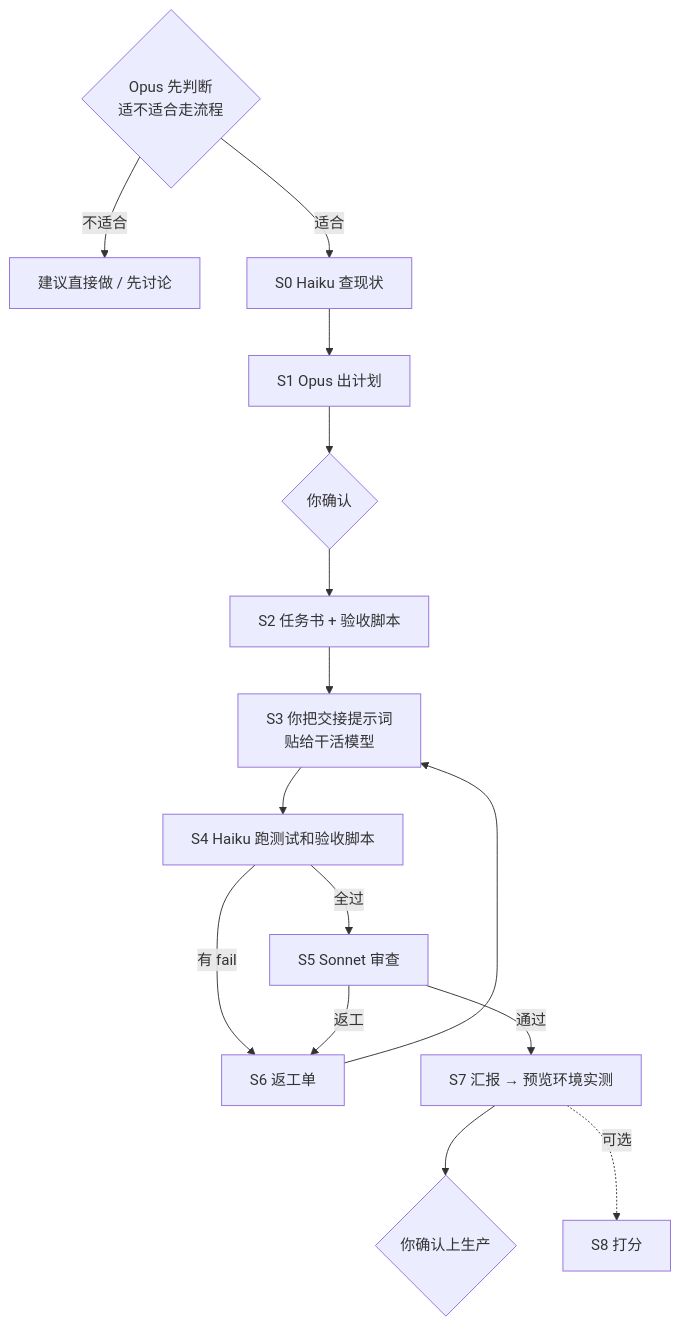
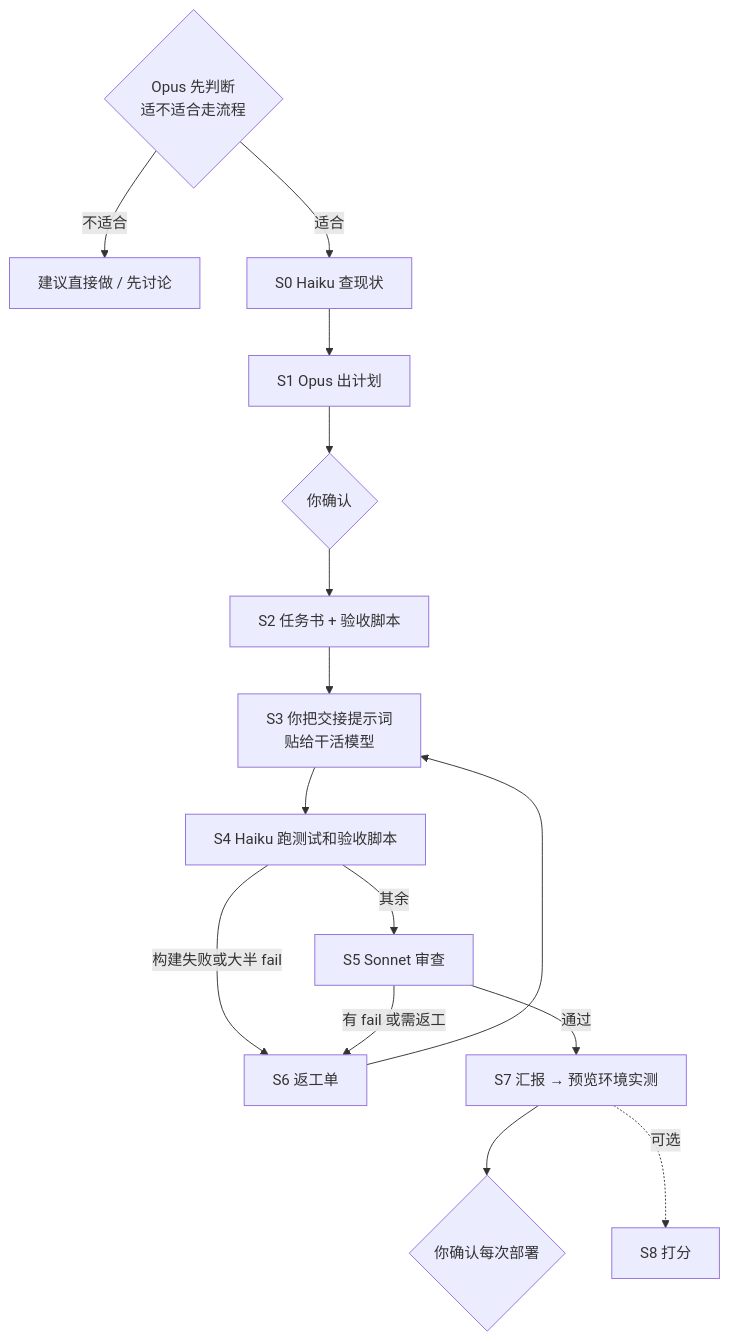
Before and after one commit to st666xiao/claude-relay: the second of 3 diagrams in README.md, drawn with Mermaid. The commit also changed other lines of this file and 16 other files, not shown here.

````diff
--- a/README.md
+++ b/README.md
@@ -37,17 +37,17 @@
 ```mermaid
 flowchart TD
   F{Opus 先判断<br/>适不适合走流程} -->|不适合| D[建议直接做 / 先讨论]
   F -->|适合| S0[S0 Haiku 查现状]
   S0 --> S1[S1 Opus 出计划]
   S1 --> U1{你确认}
   U1 --> S2[S2 任务书 + 验收脚本]
   S2 --> S3[S3 你把交接提示词<br/>贴给干活模型]
   S3 --> S4[S4 Haiku 跑测试和验收脚本]
-  S4 -->|有 fail| S6[S6 返工单]
-  S4 -->|全过| S5[S5 Sonnet 审查]
-  S5 -->|返工| S6
+  S4 -->|构建失败或大半 fail| S6[S6 返工单]
+  S4 -->|其余| S5[S5 Sonnet 审查]
+  S5 -->|有 fail 或需返工| S6
   S6 --> S3
   S5 -->|通过| S7[S7 汇报 → 预览环境实测]
-  S7 --> U2{你确认上生产}
+  S7 --> U2{你确认每次部署}
   S7 -.可选.-> S8[S8 打分]
 ```
````
